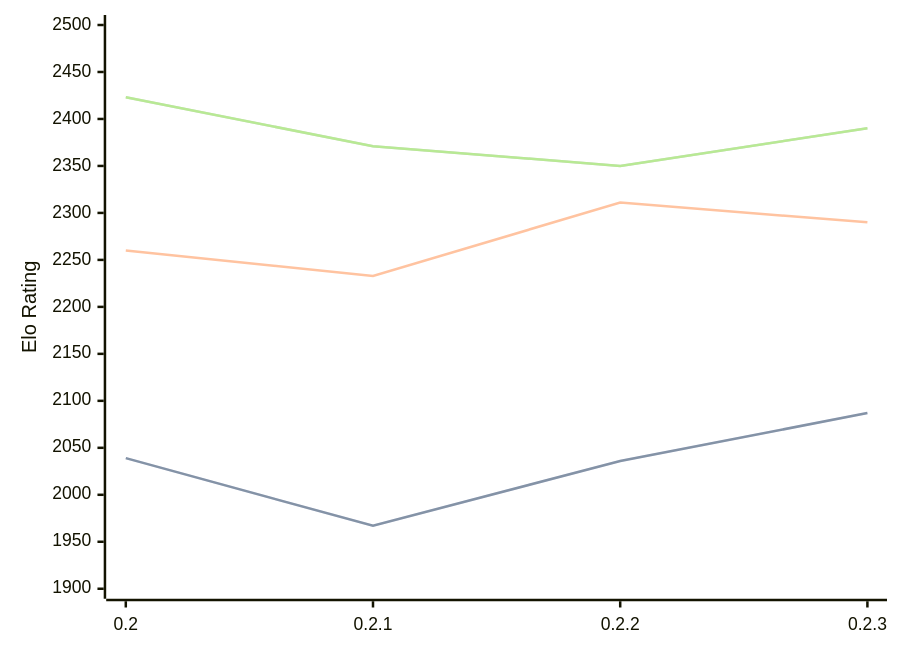
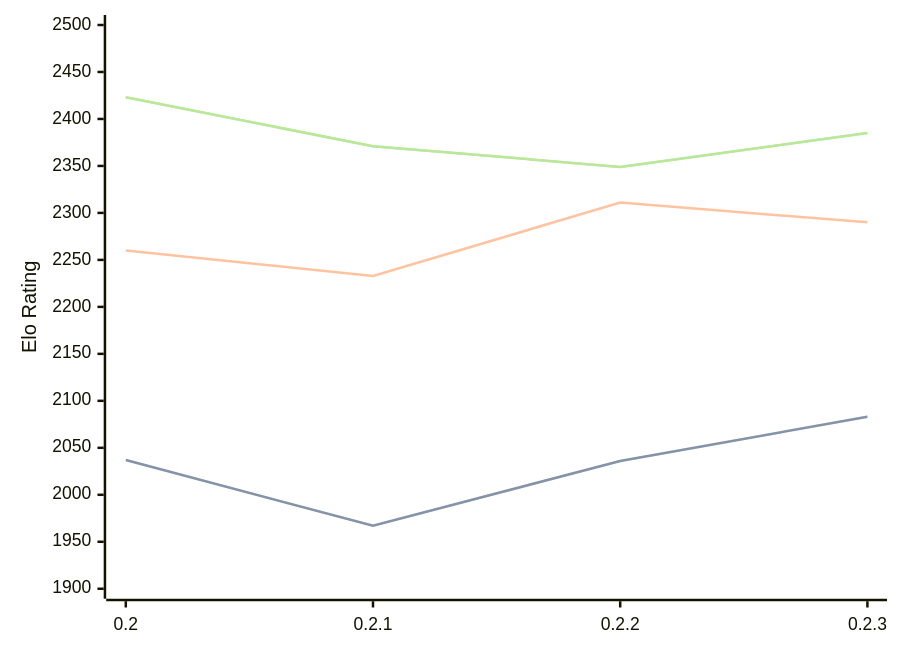
One commit to computer-chess-index/cci changed the diagram in engines/Lolbot.md. Above: the diagram before and after it, drawn with Mermaid. The commit also changed other lines of this file, not shown here.

Commit message:
Update CCI Ratings (ELO VLTC) - 2026-03-05

````diff
--- a/engines/Lolbot.md
+++ b/engines/Lolbot.md
@@ -33,11 +33,11 @@
 ```mermaid
 %%{init: {"theme":"base","themeVariables":{"seriesColors:['#a3a3a3','#222221','#faa371']}}}%%
 xychart-beta
   x-axis ["0.2", "0.2.1", "0.2.2", "0.2.3"]
   y-axis "Elo Rating" 1900 --> 2500
-  line "STC (8.0+0.08s)" [2039, 1967, 2036, 2087]
-  line "STC (8.0+0.08s)" [2039, 1967, 2036, 2087]
+  line "STC (8.0+0.08s)" [2037, 1967, 2036, 2083]
+  line "STC (8.0+0.08s)" [2037, 1967, 2036, 2083]
   line "LTC (60.0+0.60s)" [2260, 2233, 2311, 2290]
-  line "VLTC (2m24s+1.12s)" [2423, 2371, 2350, 2390]
-  line "VLTC (2m24s+1.12s)" [2423, 2371, 2350, 2390]
+  line "VLTC (2m24s+1.12s)" [2423, 2371, 2349, 2385]
+  line "VLTC (2m24s+1.12s)" [2423, 2371, 2349, 2385]
 ```
````
